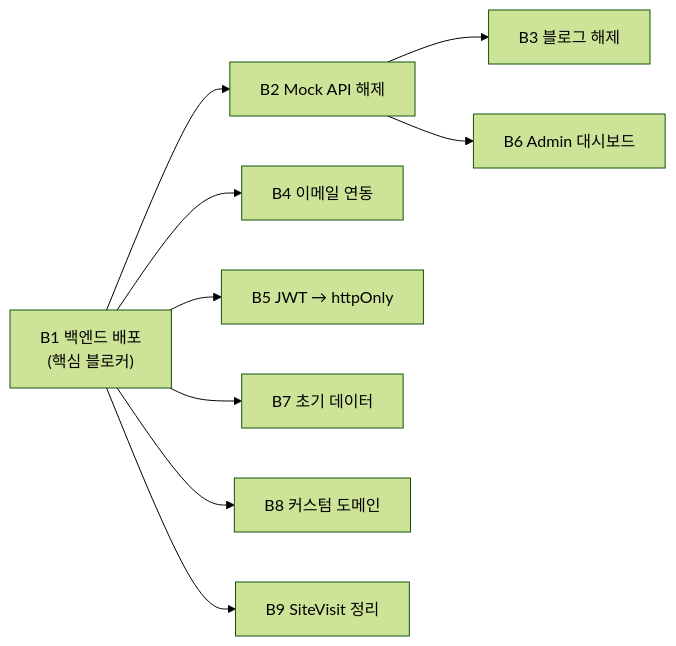
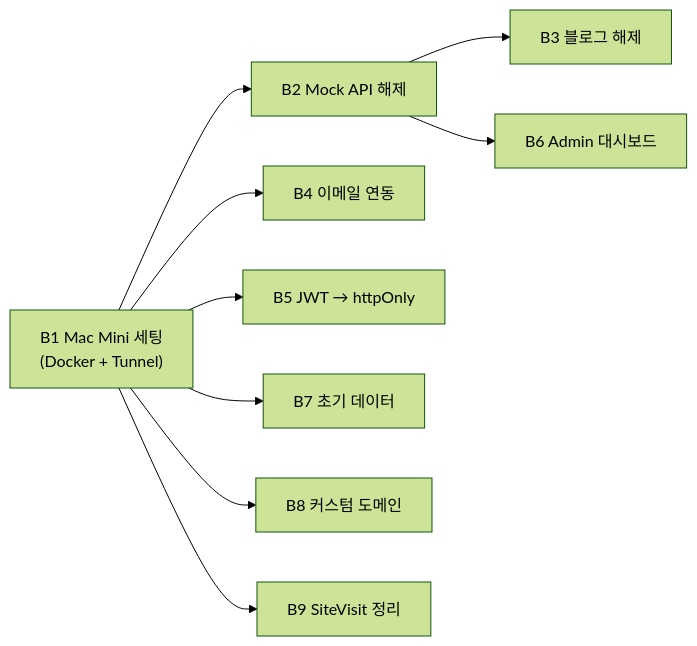
Before and after one commit to researcherhojin/emelmujiro: the second of 2 diagrams in README.md, drawn with Mermaid (forest theme). The commit also changed other lines of this file and 5 other files, not shown here.

First line of the commit message:
feat: switch to SQLite + Mac Mini deployment setup

````diff
--- a/README.md
+++ b/README.md
@@ -233,11 +234,11 @@
 ```mermaid
 graph LR
-    B1["B1 백엔드 배포<br/>(핵심 블로커)"] --> B2["B2 Mock API 해제"]
+    B1["B1 Mac Mini 세팅<br/>(Docker + Tunnel)"] --> B2["B2 Mock API 해제"]
     B1 --> B4["B4 이메일 연동"]
     B1 --> B5["B5 JWT → httpOnly"]
     B1 --> B7["B7 초기 데이터"]
     B1 --> B8["B8 커스텀 도메인"]
     B1 --> B9["B9 SiteVisit 정리"]
     B2 --> B3["B3 블로그 해제"]
     B2 --> B6["B6 Admin 대시보드"]
 ```
````
